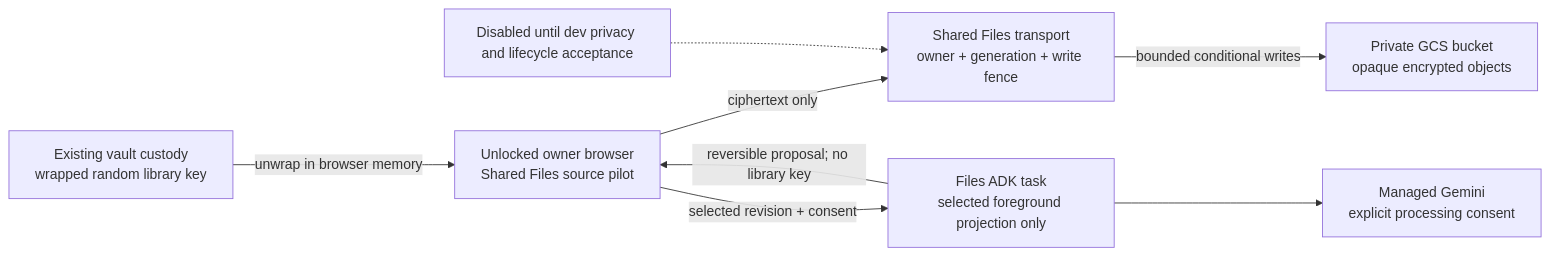
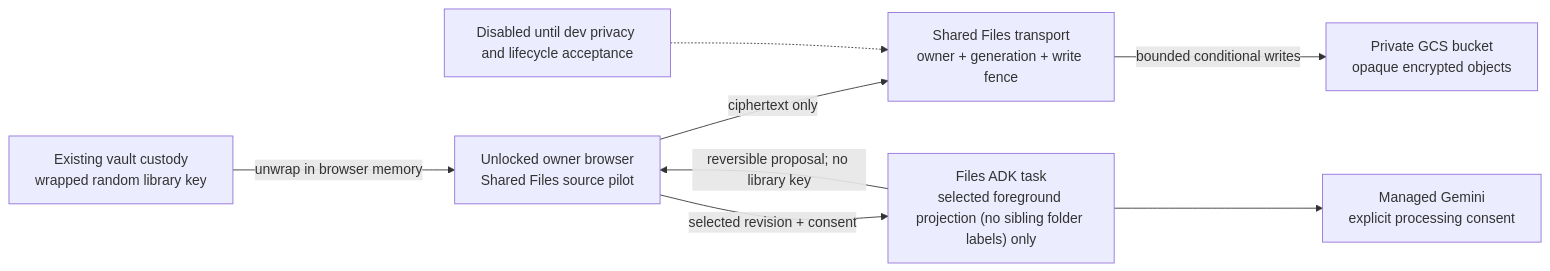
Before and after one commit to hushh-labs/hushh-research: the first of 2 diagrams in docs/reference/operations/private-files-library.md, drawn with Mermaid. The commit also changed other lines of this file and 20 other files, not shown here.

First line of the commit message:
fix: retain selected-only Files consent and verified AI authority

````diff
--- a/docs/reference/operations/private-files-library.md
+++ b/docs/reference/operations/private-files-library.md
@@ -66,16 +67,16 @@
 ```mermaid
 flowchart LR
   B["Unlocked owner browser<br/>Shared Files source pilot"]
   V["Existing vault custody<br/>wrapped random library key"]
   H["Shared Files transport<br/>owner + generation + write fence"]
   O["Private GCS bucket<br/>opaque encrypted objects"]
-  A["Files ADK task<br/>selected foreground projection only"]
+  A["Files ADK task<br/>selected foreground projection (no sibling folder labels) only"]
   M["Managed Gemini<br/>explicit processing consent"]
   V -->|"unwrap in browser memory"| B
   B -->|"ciphertext only"| H
   H -->|"bounded conditional writes"| O
   B -->|"selected revision + consent"| A
   A --> M
   A -->|"reversible proposal; no library key"| B
   G["Disabled until dev privacy and lifecycle acceptance"] -.-> H
 ```
````
